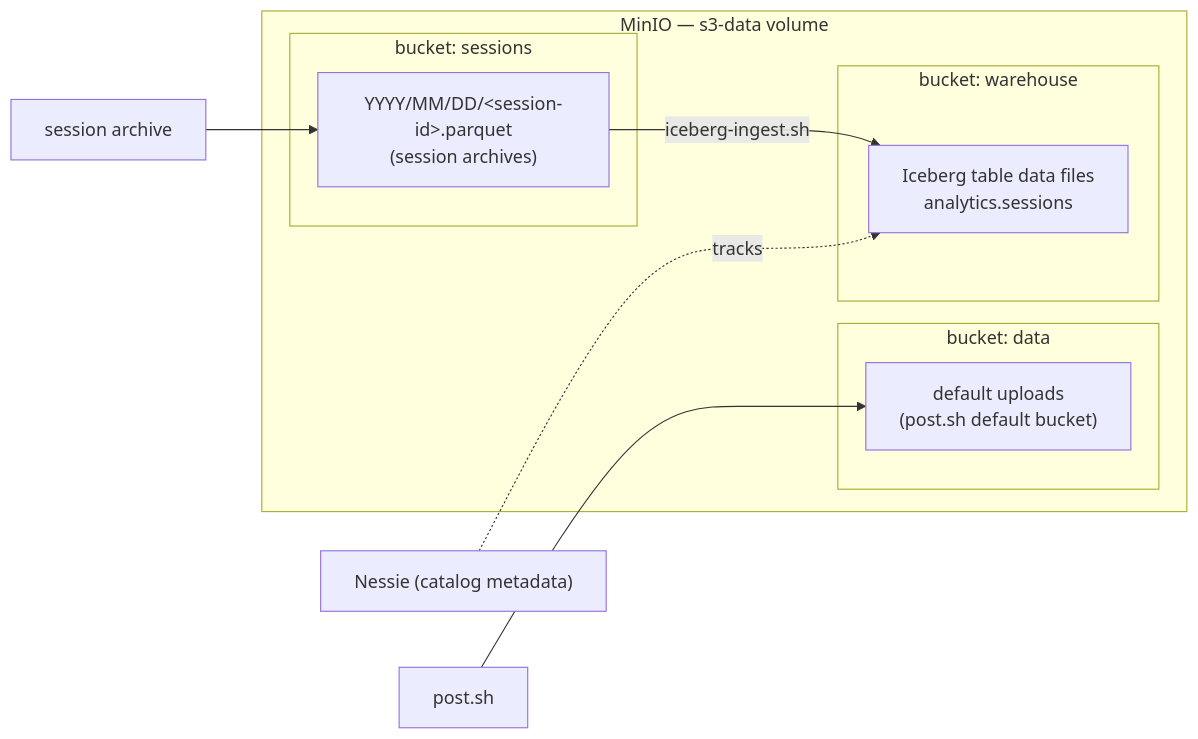
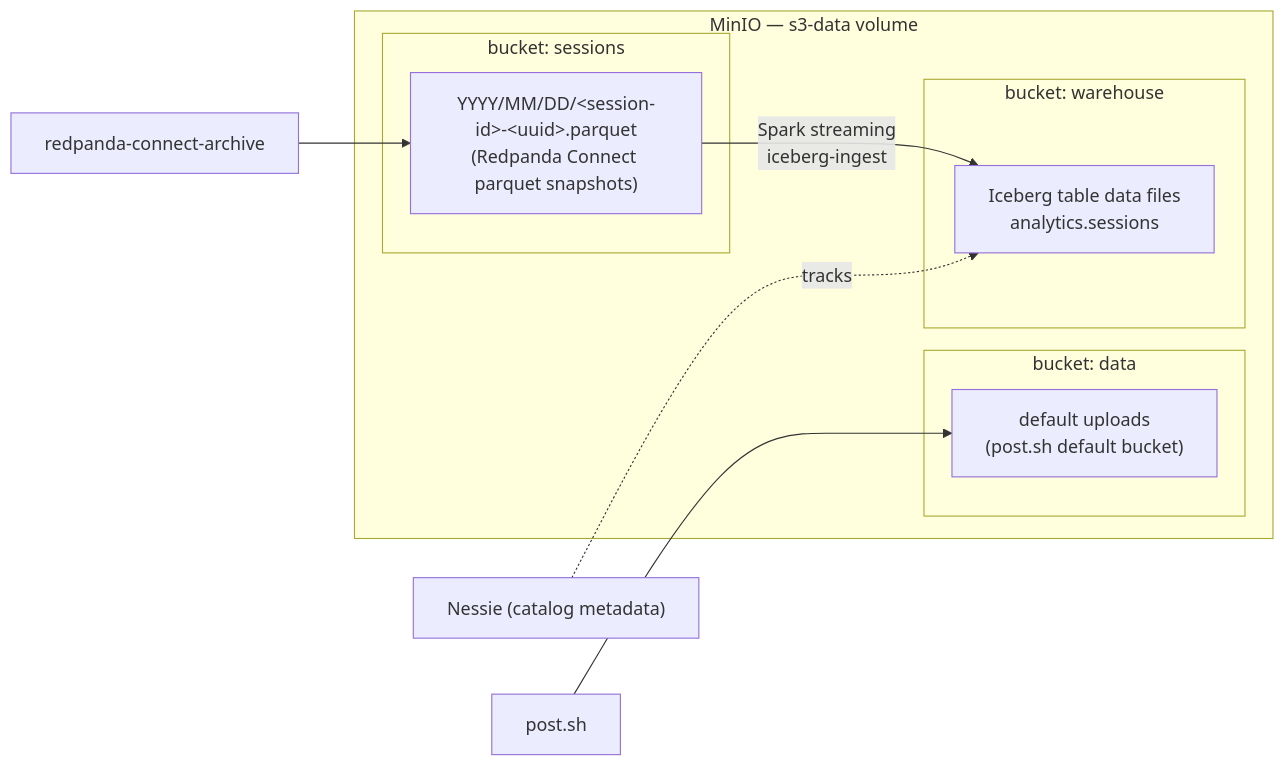
The fourth of 6 diagrams in docs/architecture.md (ogene70/m2_bigdata), drawn with Mermaid before and after one commit. The commit also changed other lines of this file and 29 other files, not shown here.

First line of the commit message:
feat: implement Redpanda-driven session archival pipeline and update Lakehouse dashboard

````diff
--- a/docs/architecture.md
+++ b/docs/architecture.md
@@ -123,19 +146,19 @@
 ```mermaid
 flowchart LR
     subgraph MinIO["MinIO — s3-data volume"]
         subgraph B1["bucket: data"]
             D1["default uploads<br/>(post.sh default bucket)"]
         end
         subgraph B2["bucket: sessions"]
-            S1["YYYY/MM/DD/&lt;session-id&gt;.parquet<br/>(session archives)"]
+            S1["YYYY/MM/DD/&lt;session-id&gt;-&lt;uuid&gt;.parquet<br/>(Redpanda Connect parquet snapshots)"]
         end
         subgraph B3["bucket: warehouse"]
             W1["Iceberg table data files<br/>analytics.sessions"]
         end
     end
 
     POST["post.sh"] --> D1
-    PLUGIN["session archive"] --> S1
-    S1 -->|"iceberg-ingest.sh"| W1
+    RPC["redpanda-connect-archive"] --> S1
+    S1 -->|"Spark streaming<br/>iceberg-ingest"| W1
     NESSIE["Nessie (catalog metadata)"] -.->|tracks| W1
 ```
````
